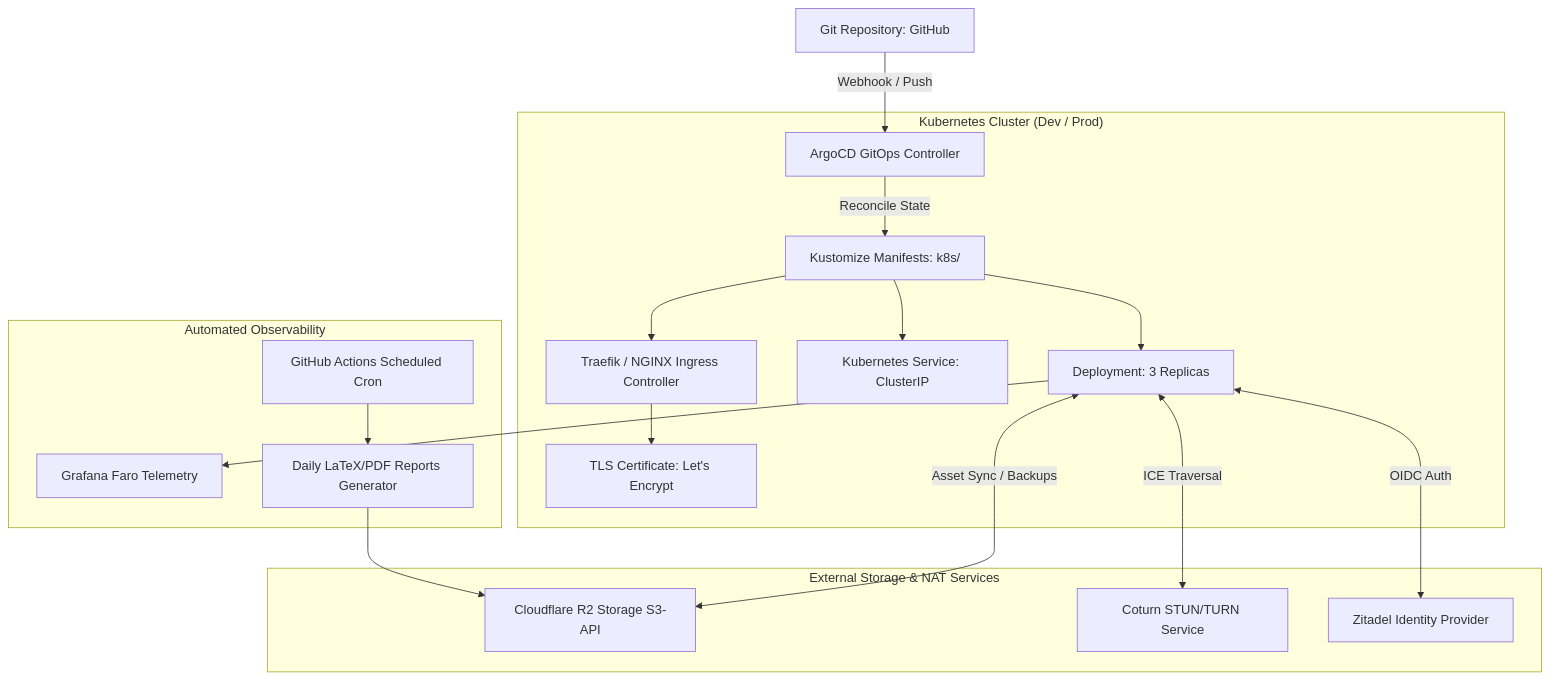
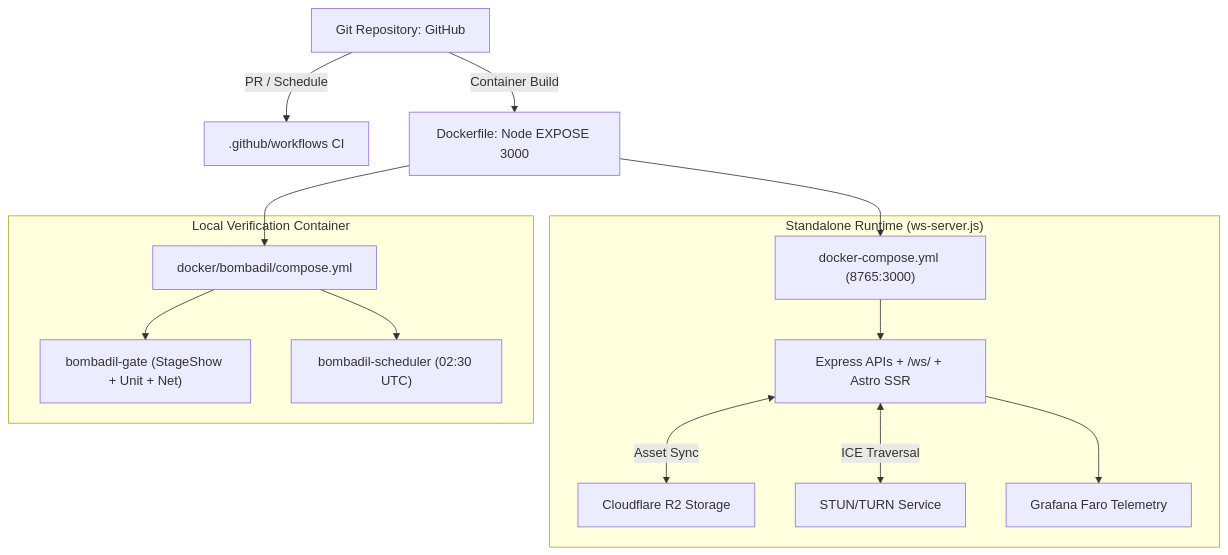
The diagram in docs/functionalities/10-DEV-OPS-ARGO-CD-AND-INFRASTRUCTURE.md (xlp0/LandingPage), drawn with Mermaid before and after one commit. The commit also changed other lines of this file and 73 other files, not shown here.

````diff
--- a/docs/functionalities/10-DEV-OPS-ARGO-CD-AND-INFRASTRUCTURE.md
+++ b/docs/functionalities/10-DEV-OPS-ARGO-CD-AND-INFRASTRUCTURE.md
@@ -20,24 +17,19 @@
 ```mermaid
 graph TD
-    GitRepo[Git Repository: GitHub] -->|Webhook / Push| ArgoCD[ArgoCD GitOps Controller]
-    
-    subgraph "Kubernetes Cluster (Dev / Prod)"
-        ArgoCD -->|Reconcile State| Kustomize[Kustomize Manifests: k8s/]
-        Kustomize --> Deployment[Deployment: 3 Replicas]
-        Kustomize --> Service[Kubernetes Service: ClusterIP]
-        Kustomize --> Ingress[Traefik / NGINX Ingress Controller]
-        Ingress --> SSL[TLS Certificate: Let's Encrypt]
+    Repo["Git Repository: GitHub"] -->|PR / Schedule| Workflows[".github/workflows CI"]
+    Repo -->|Container Build| Dockerfile["Dockerfile: Node EXPOSE 3000"]
+    Dockerfile --> AppCompose["docker-compose.yml (8765:3000)"]
+    Dockerfile --> BombadilCompose["docker/bombadil/compose.yml"]
+
+    subgraph "Standalone Runtime (ws-server.js)"
+        AppCompose --> Server["Express APIs + /ws/ + Astro SSR"]
+        Server <-->|Asset Sync| R2["Cloudflare R2 Storage"]
+        Server <-->|ICE Traversal| STUN["STUN/TURN Service"]
+        Server --> Faro["Grafana Faro Telemetry"]
     end
 
-    subgraph "External Storage & NAT Services"
-        Deployment <-->|Asset Sync / Backups| R2[Cloudflare R2 Storage S3-API]
-        Deployment <-->|ICE Traversal| STUN[Coturn STUN/TURN Service]
-        Deployment <-->|OIDC Auth| Zitadel[Zitadel Identity Provider]
-    end
-
-    subgraph "Automated Observability"
-        Deployment --> Faro[Grafana Faro Telemetry]
-        Cron[GitHub Actions Scheduled Cron] --> Reports[Daily LaTeX/PDF Reports Generator]
-        Reports --> R2
+    subgraph "Local Verification Container"
+        BombadilCompose --> Gate["bombadil-gate (StageShow + Unit + Net)"]
+        BombadilCompose --> Nightly["bombadil-scheduler (02:30 UTC)"]
     end
 ```
````
